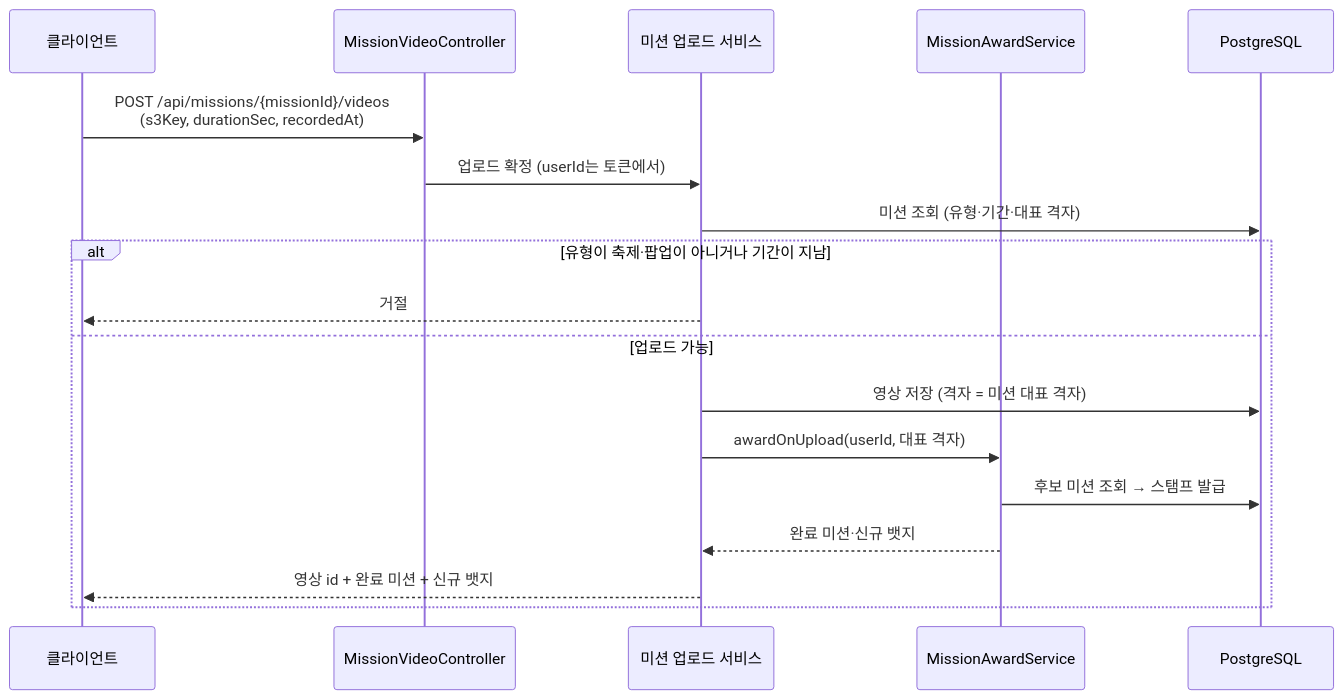
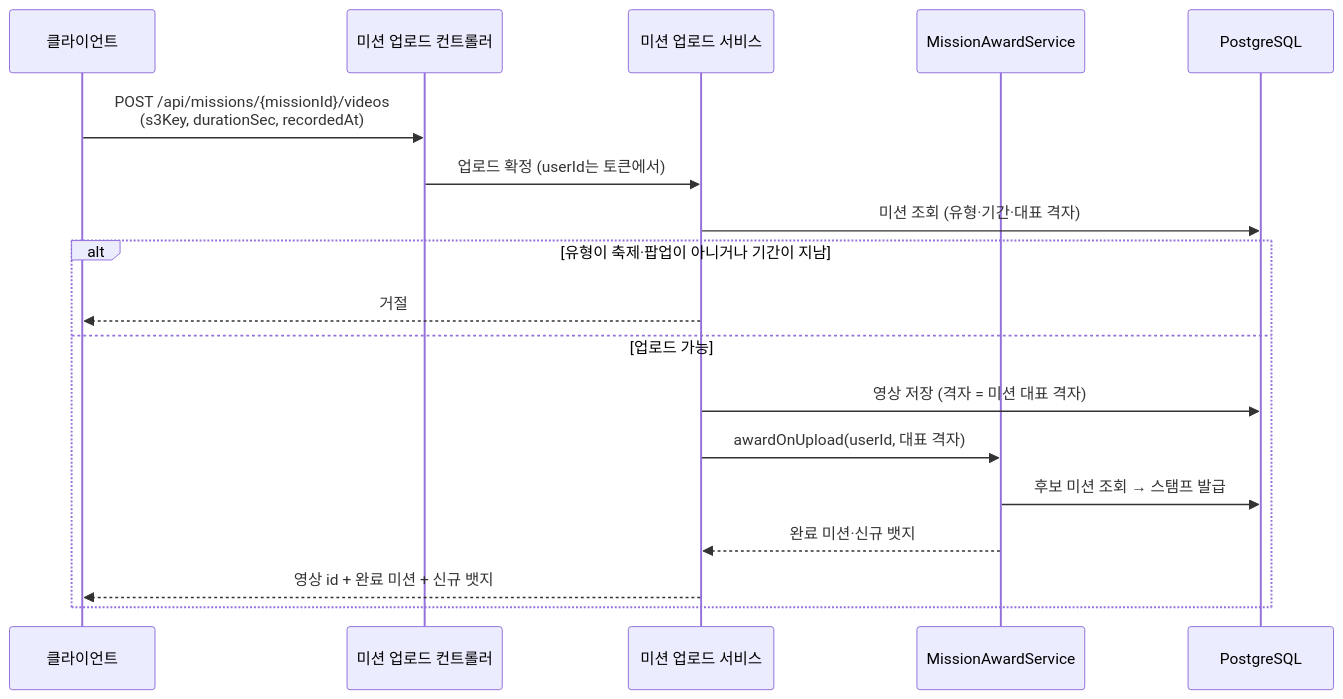
Before and after one commit to ASM-MSG/BE: the first of 2 diagrams in docs/prd/MSG-459-prd.md, drawn with Mermaid. The commit also changed other lines of this file, not shown here.

````diff
--- a/docs/prd/MSG-459-prd.md
+++ b/docs/prd/MSG-459-prd.md
@@ -64,21 +65,21 @@
 ```mermaid
 sequenceDiagram
     participant C as 클라이언트
-    participant API as MissionVideoController
+    participant API as 미션 업로드 컨트롤러
     participant S as 미션 업로드 서비스
     participant M as MissionAwardService
     participant DB as PostgreSQL
 
     C->>API: POST /api/missions/{missionId}/videos<br/>(s3Key, durationSec, recordedAt)
     API->>S: 업로드 확정 (userId는 토큰에서)
     S->>DB: 미션 조회 (유형·기간·대표 격자)
     alt 유형이 축제·팝업이 아니거나 기간이 지남
         S-->>C: 거절
     else 업로드 가능
         S->>DB: 영상 저장 (격자 = 미션 대표 격자)
         S->>M: awardOnUpload(userId, 대표 격자)
         M->>DB: 후보 미션 조회 → 스탬프 발급
         M-->>S: 완료 미션·신규 뱃지
         S-->>C: 영상 id + 완료 미션 + 신규 뱃지
     end
 ```
````
